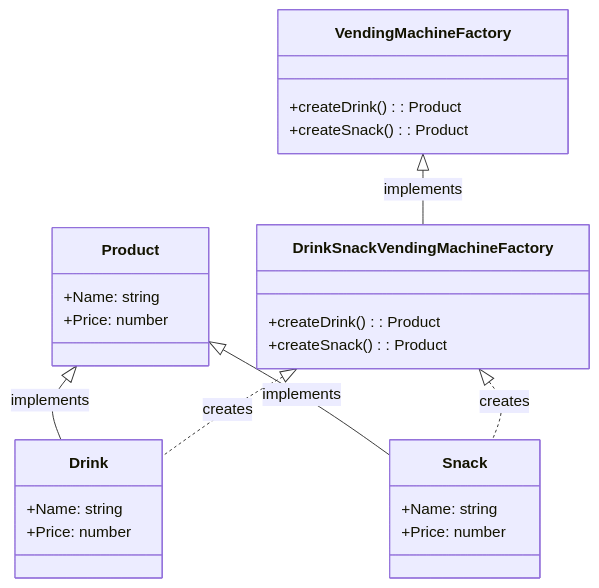
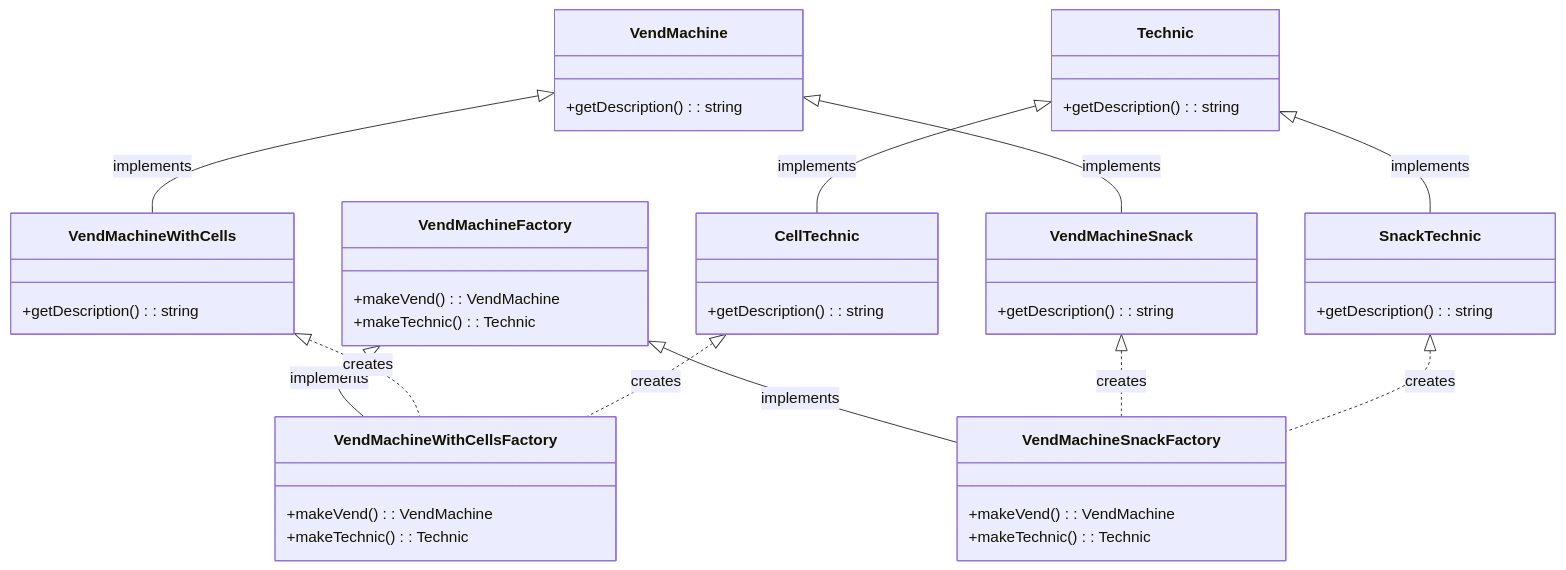
Before and after one commit to k0perX-X/HSE_PAPS: the second of 12 diagrams in Lab Work №6/docs/README.md, drawn with Mermaid. The commit also changed other lines of this file, not shown here.

````diff
--- a/Lab Work №6/docs/README.md
+++ b/Lab Work №6/docs/README.md
@@ -70,29 +143,43 @@
 ```mermaid
 classDiagram
-    class Product {
-        +Name: string
-        +Price: number
+    class VendMachine {
+        +getDescription(): string
+    }   
+    class VendMachineWithCells {
+        +getDescription(): string
     }
-    class Drink {
-        +Name: string
-        +Price: number
+    class VendMachineSnack {
+        +getDescription(): string
+    }    
+    class Technic {
+        +getDescription(): string
+    }   
+    class CellTechnic {
+        +getDescription(): string
     }
-    class Snack {
-        +Name: string
-        +Price: number
+    class SnackTechnic {
+        +getDescription(): string
     }
-    class VendingMachineFactory {
-        +createDrink(): Product
-        +createSnack(): Product
+    class VendMachineFactory {
+        +makeVend(): VendMachine
+        +makeTechnic(): Technic
     }
-    class DrinkSnackVendingMachineFactory {
-        +createDrink(): Product
-        +createSnack(): Product
+    class VendMachineWithCellsFactory {
+        +makeVend(): VendMachine
+        +makeTechnic(): Technic
     }
-
-    Product <|-- Drink : implements
-    Product <|-- Snack : implements
-    VendingMachineFactory <|-- DrinkSnackVendingMachineFactory : implements
-    DrinkSnackVendingMachineFactory <|.. Drink : creates
-    DrinkSnackVendingMachineFactory <|.. Snack : creates
+    class VendMachineSnackFactory {
+        +makeVend(): VendMachine
+        +makeTechnic(): Technic
+    }
+    VendMachine <|-- VendMachineWithCells : implements
+    VendMachine <|-- VendMachineSnack : implements
+    Technic <|-- CellTechnic : implements
+    Technic <|-- SnackTechnic : implements
+    VendMachineFactory <|-- VendMachineWithCellsFactory : implements
+    VendMachineFactory <|-- VendMachineSnackFactory : implements
+    VendMachineWithCells <|.. VendMachineWithCellsFactory : creates
+    CellTechnic <|.. VendMachineWithCellsFactory : creates
+    VendMachineSnack <|.. VendMachineSnackFactory : creates
+    SnackTechnic <|.. VendMachineSnackFactory : creates
 ```
````
